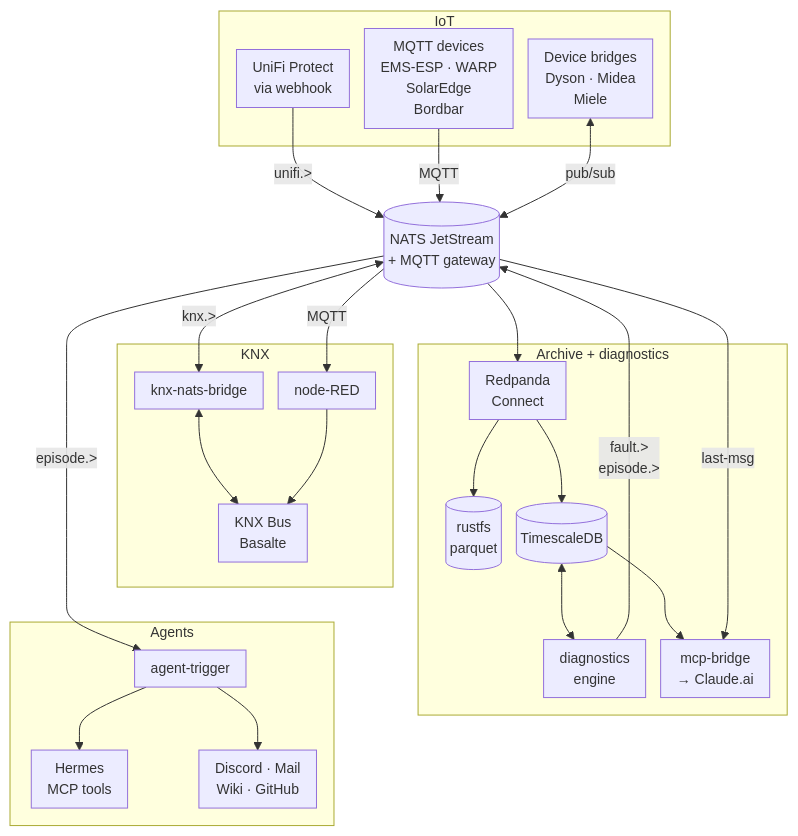
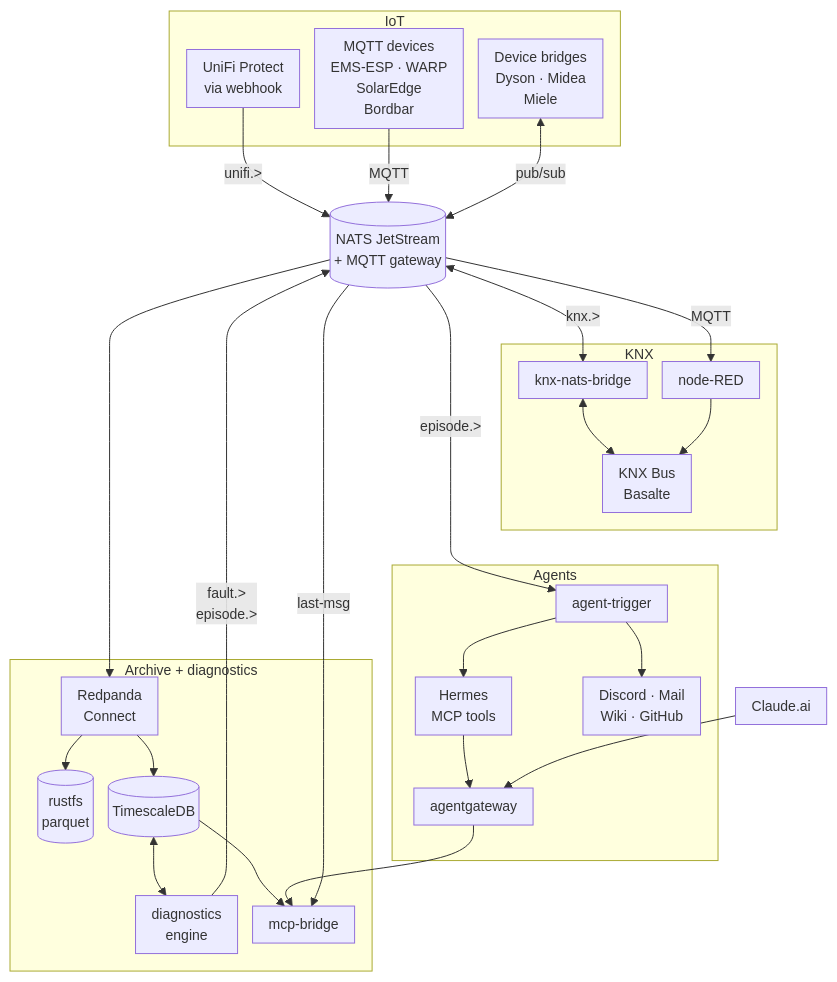
One commit to alexander-zimmermann/lares changed the second of 2 diagrams in README.md. Above: the diagram before and after it, drawn with Mermaid. The commit also changed other lines of this file and 1 other file, not shown here.

Commit message:
docs(readme): Hermes and claude.ai reach the MCP bridge through the gateway
The data-flow diagram shows agentgateway between Hermes, the claude.ai
connector and the MCP bridge; the app table and the data-flow paragraph
say the same.

Part of #2444

````diff
--- a/README.md
+++ b/README.md
@@ -123,63 +123,68 @@
 ```mermaid
 ---
 config:
   layout: dagre
   themeVariables:
     fontSize: 14px
   flowchart:
     minNodeWidth: 0
     wrappingWidth: 200
     padding: 8
     nodeSpacing: 15
     rankSpacing: 35
     diagramPadding: 8
 ---
 flowchart TB
     subgraph IOT[IoT]
         webhook[UniFi Protect<br/>via webhook]
         mqtt[MQTT devices<br/>EMS-ESP · WARP<br/>SolarEdge<br/>Bordbar]
         devb[Device bridges<br/>Dyson · Midea<br/>Miele]
     end
 
     nats[(NATS JetStream<br/>+ MQTT gateway)]
 
     webhook -- unifi.> --> nats
     mqtt -- MQTT --> nats
     devb <-- pub/sub --> nats
 
     subgraph KX[KNX]
         bridge[knx-nats-bridge]
         nodered[node-RED]
         knx[KNX Bus<br/>Basalte]
         bridge <--> knx
         nodered --> knx
     end
 
     subgraph ARCH[Archive + diagnostics]
         ingest[Redpanda<br/>Connect]
         rustfs[(rustfs<br/>parquet)]
         tsdb[(TimescaleDB)]
         engine[diagnostics<br/>engine]
-        mcp[mcp-bridge<br/>→ Claude.ai]
+        mcp[mcp-bridge]
         ingest --> rustfs
         ingest --> tsdb
         tsdb <--> engine
         tsdb --> mcp
     end
 
     subgraph AG[Agents]
         trigger[agent-trigger]
         hermes[Hermes<br/>MCP tools]
+        gw[agentgateway]
         out[Discord · Mail<br/>Wiki · GitHub]
         trigger --> hermes
         trigger --> out
+        hermes --> gw
     end
+
+    claude[Claude.ai] --> gw
+    gw --> mcp
 
     nats <-- knx.> --> bridge
     nats -- MQTT --> nodered
     nats --> ingest
     engine -- "fault.><br/>episode.>" --> nats
     nats -- last-msg --> mcp
     nats -- episode.> --> trigger
     knx ~~~ trigger
 ```
````
